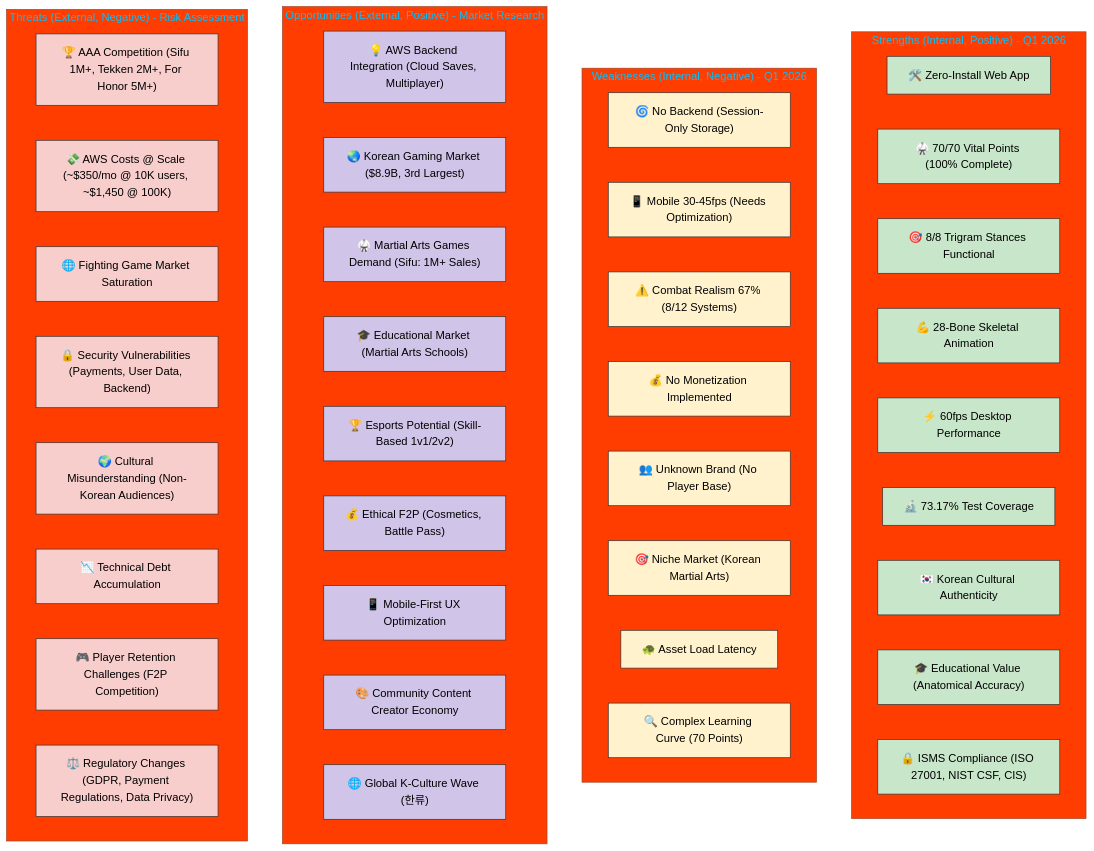
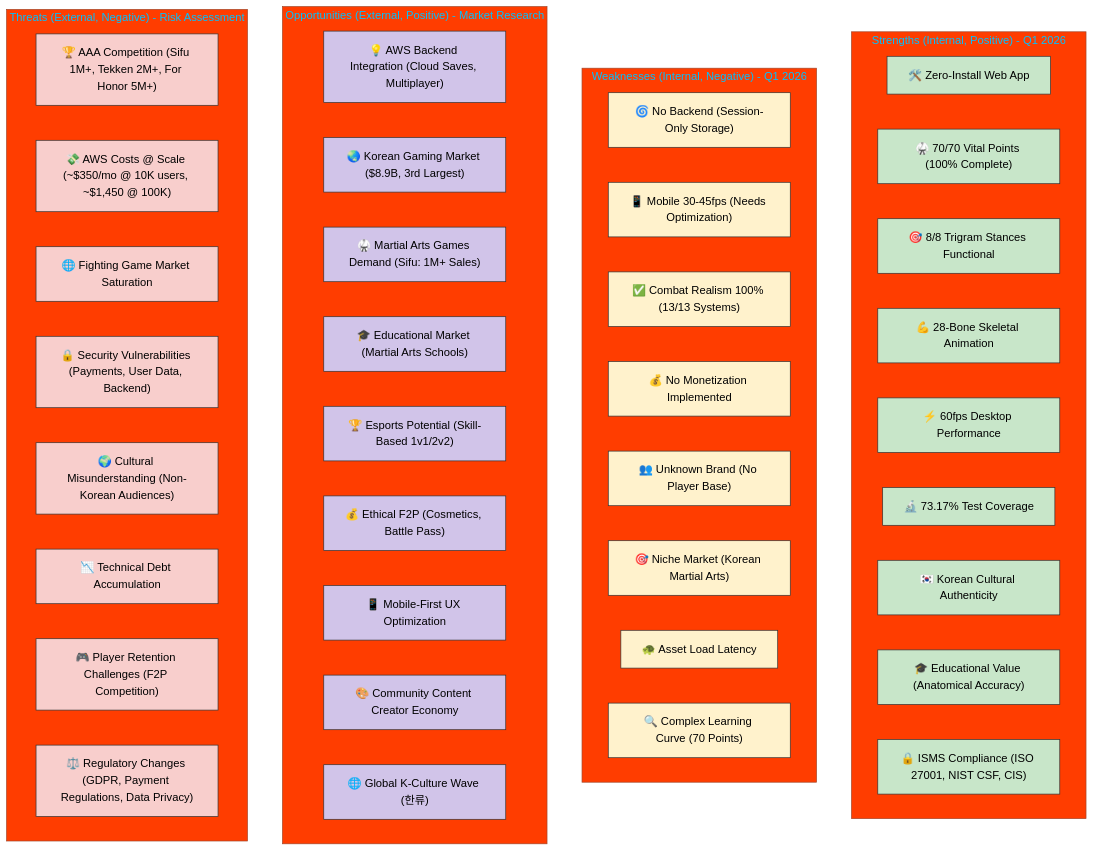
Before and after one commit to Hack23/blacktrigram: the second of 8 diagrams in SWOT.md, drawn with Mermaid. The commit also changed other lines of this file and 16 other files, not shown here.

````diff
--- a/SWOT.md
+++ b/SWOT.md
@@ -137,60 +137,60 @@
 ```mermaid
 %%{init: {'theme':'base', 'themeVariables': {'primaryColor':'#2979FF','primaryTextColor':'#fff','primaryBorderColor':'#0D47A1','lineColor':'#00C853','secondaryColor':'#FFD600','tertiaryColor':'#FF3D00'}}}%%
 graph TD
     subgraph "Strengths (Internal, Positive) - Q1 2026"
         S1["🛠️ Zero-Install Web App"]
         S2["🥋 70/70 Vital Points (100% Complete)"]
         S3["🎯 8/8 Trigram Stances Functional"]
         S4["💪 28-Bone Skeletal Animation"]
         S5["⚡ 60fps Desktop Performance"]
         S6["🔬 73.17% Test Coverage"]
         S7["🇰🇷 Korean Cultural Authenticity"]
         S8["🎓 Educational Value (Anatomical Accuracy)"]
         S9["🔒 ISMS Compliance (ISO 27001, NIST CSF, CIS)"]
     end
 
     subgraph "Weaknesses (Internal, Negative) - Q1 2026"
         W1["🌀 No Backend (Session-Only Storage)"]
         W2["📱 Mobile 30-45fps (Needs Optimization)"]
-        W3["⚠️ Combat Realism 67% (8/12 Systems)"]
+        W3["✅ Combat Realism 100% (13/13 Systems)"]
         W4["💰 No Monetization Implemented"]
         W5["👥 Unknown Brand (No Player Base)"]
         W6["🎯 Niche Market (Korean Martial Arts)"]
         W7["🐢 Asset Load Latency"]
         W8["🔍 Complex Learning Curve (70 Points)"]
     end
 
     subgraph "Opportunities (External, Positive) - Market Research"
         O1["💡 AWS Backend Integration (Cloud Saves, Multiplayer)"]
         O2["🌏 Korean Gaming Market ($8.9B, 3rd Largest)"]
         O3["🥋 Martial Arts Games Demand (Sifu: 1M+ Sales)"]
         O4["🎓 Educational Market (Martial Arts Schools)"]
         O5["🏆 Esports Potential (Skill-Based 1v1/2v2)"]
         O6["💰 Ethical F2P (Cosmetics, Battle Pass)"]
         O7["📱 Mobile-First UX Optimization"]
         O8["🎨 Community Content Creator Economy"]
         O9["🌐 Global K-Culture Wave (한류)"]
     end
 
     subgraph "Threats (External, Negative) - Risk Assessment"
         T1["🏆 AAA Competition (Sifu 1M+, Tekken 2M+, For Honor 5M+)"]
         T2["💸 AWS Costs @ Scale (~$350/mo @ 10K users, ~$1,450 @ 100K)"]
         T3["🌐 Fighting Game Market Saturation"]
         T4["🔒 Security Vulnerabilities (Payments, User Data, Backend)"]
         T5["🌍 Cultural Misunderstanding (Non-Korean Audiences)"]
         T6["📉 Technical Debt Accumulation"]
         T7["🎮 Player Retention Challenges (F2P Competition)"]
         T8["⚖️ Regulatory Changes (GDPR, Payment Regulations, Data Privacy)"]
     end
 
     %% Style
     classDef strengths fill:#c8e6c9,stroke:#333,stroke-width:1px,color:black
     classDef weaknesses fill:#fff2cc,stroke:#333,stroke-width:1px,color:black
     classDef opportunities fill:#d1c4e9,stroke:#333,stroke-width:1px,color:black
     classDef threats fill:#f8cecc,stroke:#333,stroke-width:1px,color:black
 
     class S1,S2,S3,S4,S5,S6,S7,S8,S9 strengths
     class W1,W2,W3,W4,W5,W6,W7,W8 weaknesses
     class O1,O2,O3,O4,O5,O6,O7,O8,O9 opportunities
     class T1,T2,T3,T4,T5,T6,T7,T8 threats
 ```
````
